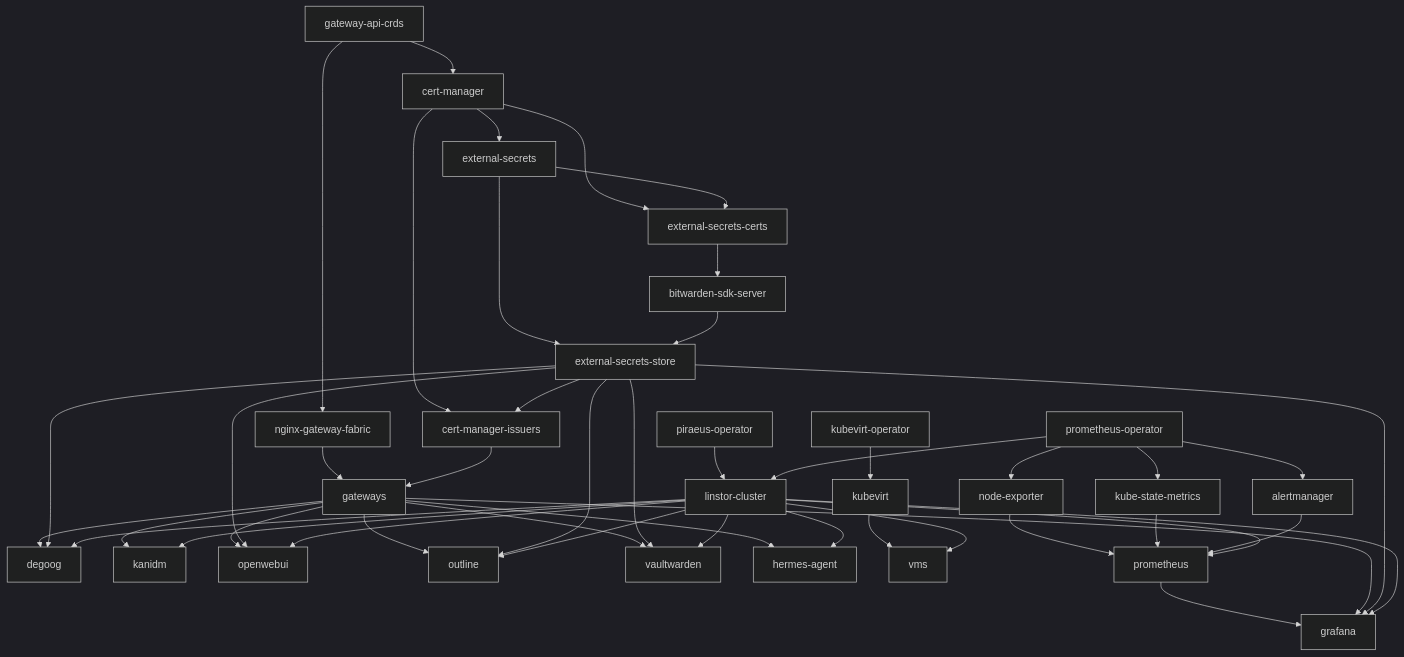
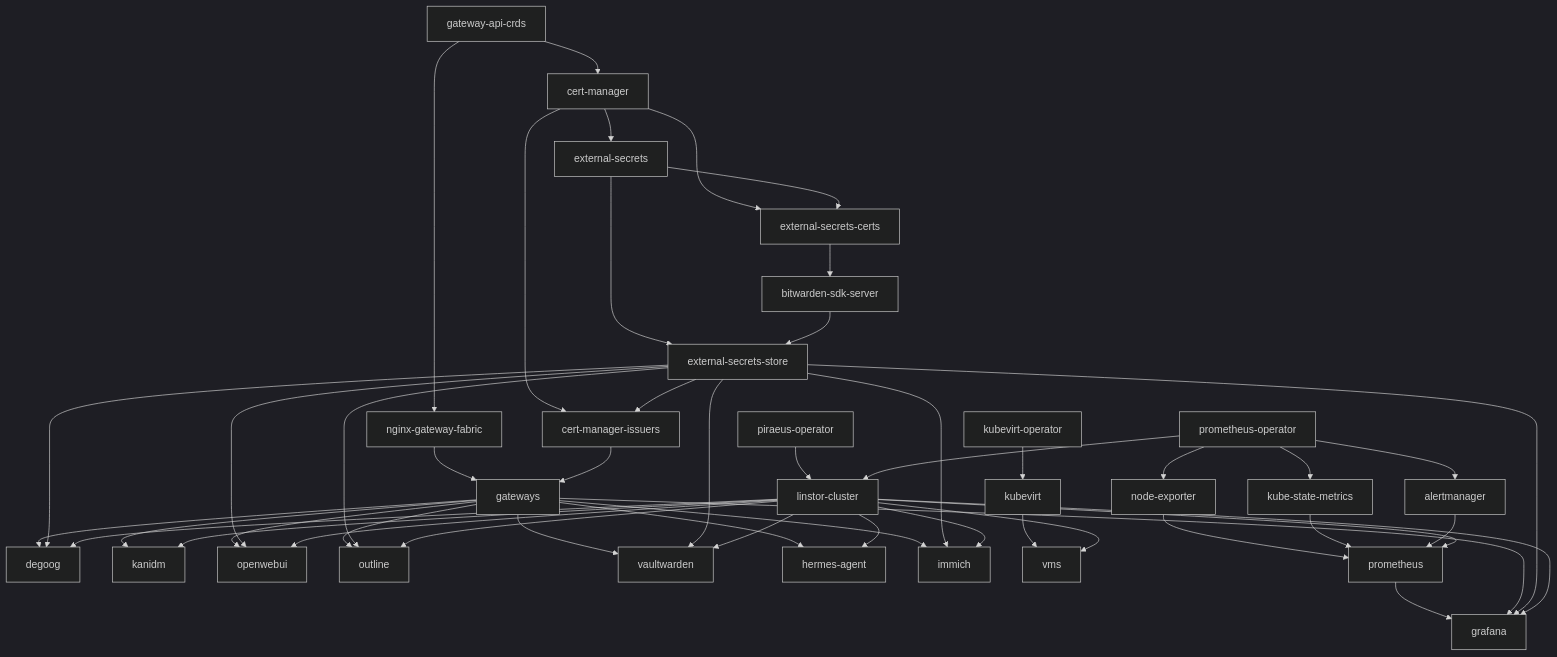
One commit to martinxtinto/k8s-flux changed the diagram in README.md. Above: the diagram before and after it, drawn with Mermaid (dark theme). The commit also changed other lines of this file and 9 other files, not shown here.

````diff
--- a/README.md
+++ b/README.md
@@ -30,47 +30,50 @@
 ```mermaid
 flowchart TD
   gateway-api-crds --> cert-manager
   gateway-api-crds --> nginx-gateway-fabric
   cert-manager --> external-secrets
   cert-manager --> external-secrets-certs
   external-secrets --> external-secrets-certs
   external-secrets --> external-secrets-store
   external-secrets-certs --> bitwarden-sdk-server
   bitwarden-sdk-server --> external-secrets-store
   cert-manager --> cert-manager-issuers
   external-secrets-store --> cert-manager-issuers
   nginx-gateway-fabric --> gateways
   cert-manager-issuers --> gateways
   piraeus-operator --> linstor-cluster
   prometheus-operator --> linstor-cluster
   kubevirt-operator --> kubevirt
   gateways --> degoog
   external-secrets-store --> degoog
   linstor-cluster --> degoog
   gateways --> kanidm
   linstor-cluster --> kanidm
   gateways --> openwebui
   external-secrets-store --> openwebui
   linstor-cluster --> openwebui
   gateways --> outline
   external-secrets-store --> outline
   linstor-cluster --> outline
   gateways --> vaultwarden
   external-secrets-store --> vaultwarden
   linstor-cluster --> vaultwarden
   gateways --> hermes-agent
   linstor-cluster --> hermes-agent
+  gateways --> immich
+  external-secrets-store --> immich
+  linstor-cluster --> immich
   kubevirt --> vms
   linstor-cluster --> vms
   prometheus-operator --> node-exporter
   prometheus-operator --> kube-state-metrics
   prometheus-operator --> alertmanager
   node-exporter --> prometheus
   kube-state-metrics --> prometheus
   alertmanager --> prometheus
   linstor-cluster --> prometheus
   prometheus --> grafana
   gateways --> grafana
   external-secrets-store --> grafana
   linstor-cluster --> grafana
 ```
````
